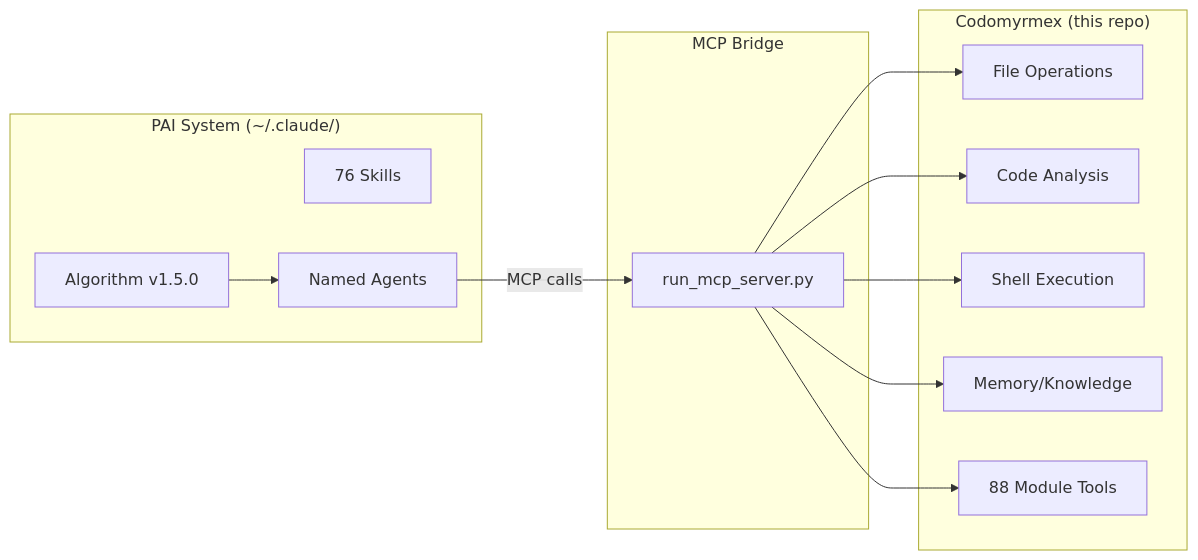
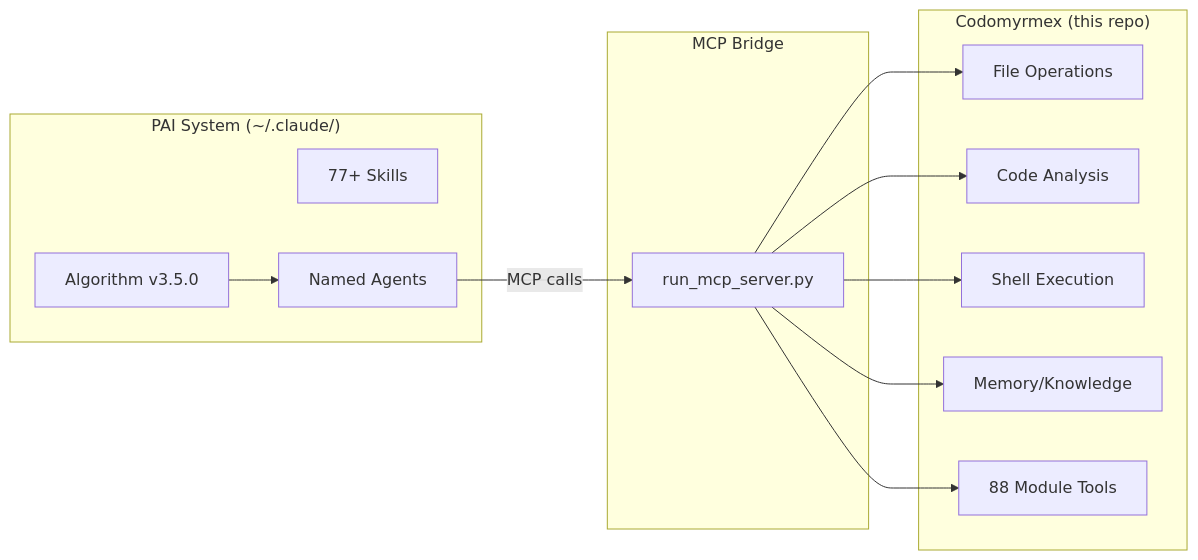
The diagram in PAI.md (docxology/codomyrmex), drawn with Mermaid before and after one commit. The commit also changed other lines of this file and 50 other files, not shown here.

````diff
--- a/PAI.md
+++ b/PAI.md
@@ -35,28 +35,28 @@
 ```mermaid
 graph LR
     subgraph PAI ["PAI System (~/.claude/)"]
-        Algo["Algorithm v1.5.0"]
-        Skills["76 Skills"]
+        Algo["Algorithm v3.5.0"]
+        Skills["77+ Skills"]
         Agents["Named Agents"]
     end
 
     subgraph Bridge ["MCP Bridge"]
         Server["run_mcp_server.py"]
     end
 
     subgraph Codomyrmex ["Codomyrmex (this repo)"]
         FileOps["File Operations"]
         CodeAnalysis["Code Analysis"]
         Shell["Shell Execution"]
         Memory["Memory/Knowledge"]
         Modules["88 Module Tools"]
     end
 
     Algo --> Agents
     Agents -->|"MCP calls"| Server
     Server --> FileOps
     Server --> CodeAnalysis
     Server --> Shell
     Server --> Memory
     Server --> Modules
 ```
````
